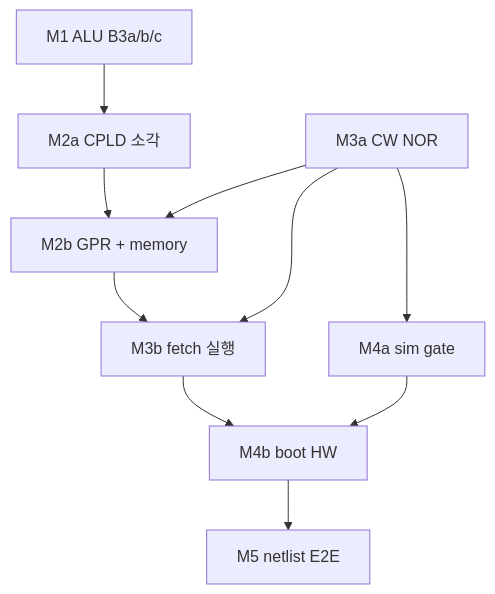
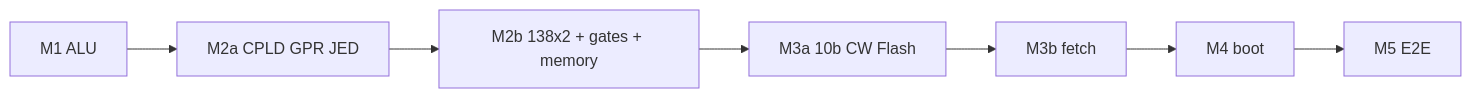
The diagram in docs/hw-bringup/README.md (Flkalas/plover), drawn with Mermaid before and after one commit. The commit also changed other lines of this file and 9 other files, not shown here.

````diff
--- a/docs/hw-bringup/README.md
+++ b/docs/hw-bringup/README.md
@@ -13,19 +15,9 @@
 ```mermaid
-flowchart TD
-  M1[M1 ALU B3a/b/c]
-  M2a[M2a CPLD 소각]
-  M2b[M2b GPR + memory]
-  M3a[M3a CW NOR]
-  M3b[M3b fetch 실행]
-  M4a[M4a sim gate]
-  M4b[M4b boot HW]
-  M5[M5 netlist E2E]
-
-  M1 --> M2a --> M2b
-  M3a --> M2b
-  M2b --> M3b
-  M3a --> M3b
-  M3a --> M4a
-  M4a --> M4b
-  M3b --> M4b --> M5
+flowchart LR
+  M1[M1 ALU] --> M2a[M2a CPLD GPR JED]
+  M2a --> M2b[M2b 138x2 + gates + memory]
+  M2b --> M3a[M3a 10b CW Flash]
+  M3a --> M3b[M3b fetch]
+  M3b --> M4[M4 boot]
+  M4 --> M5[M5 E2E]
 ```
````
